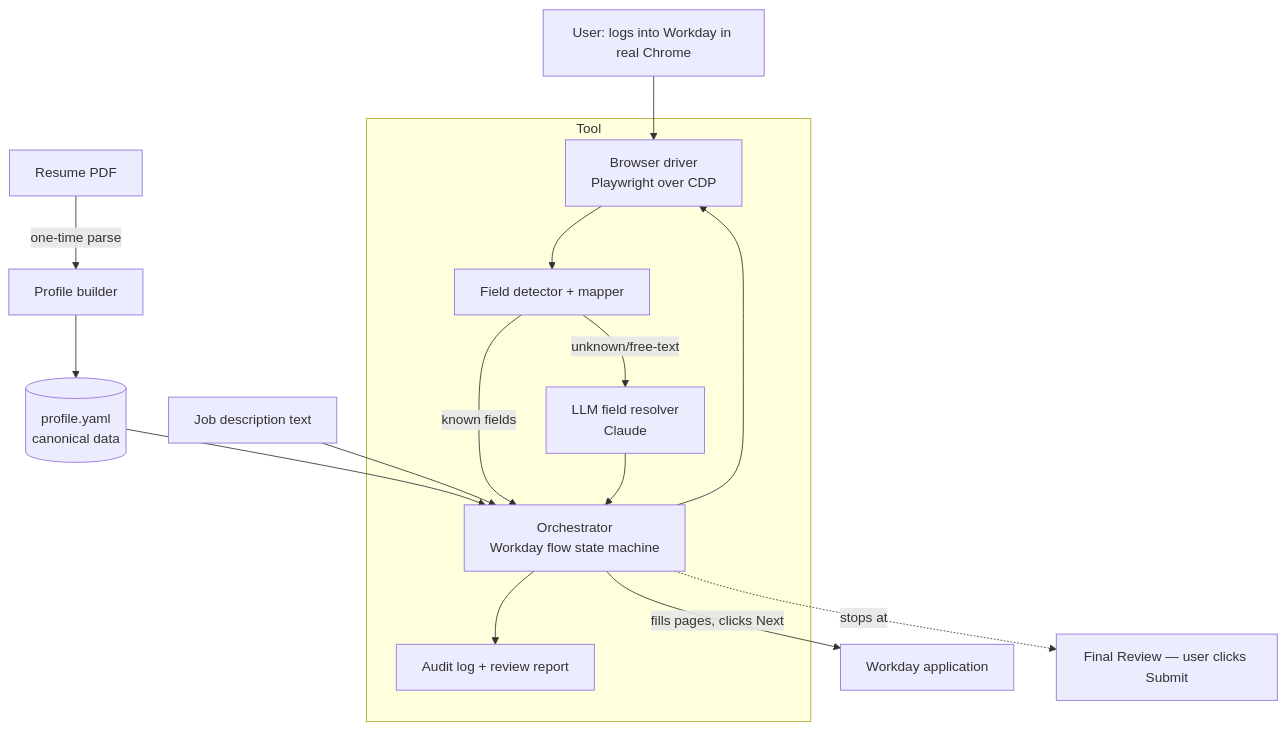
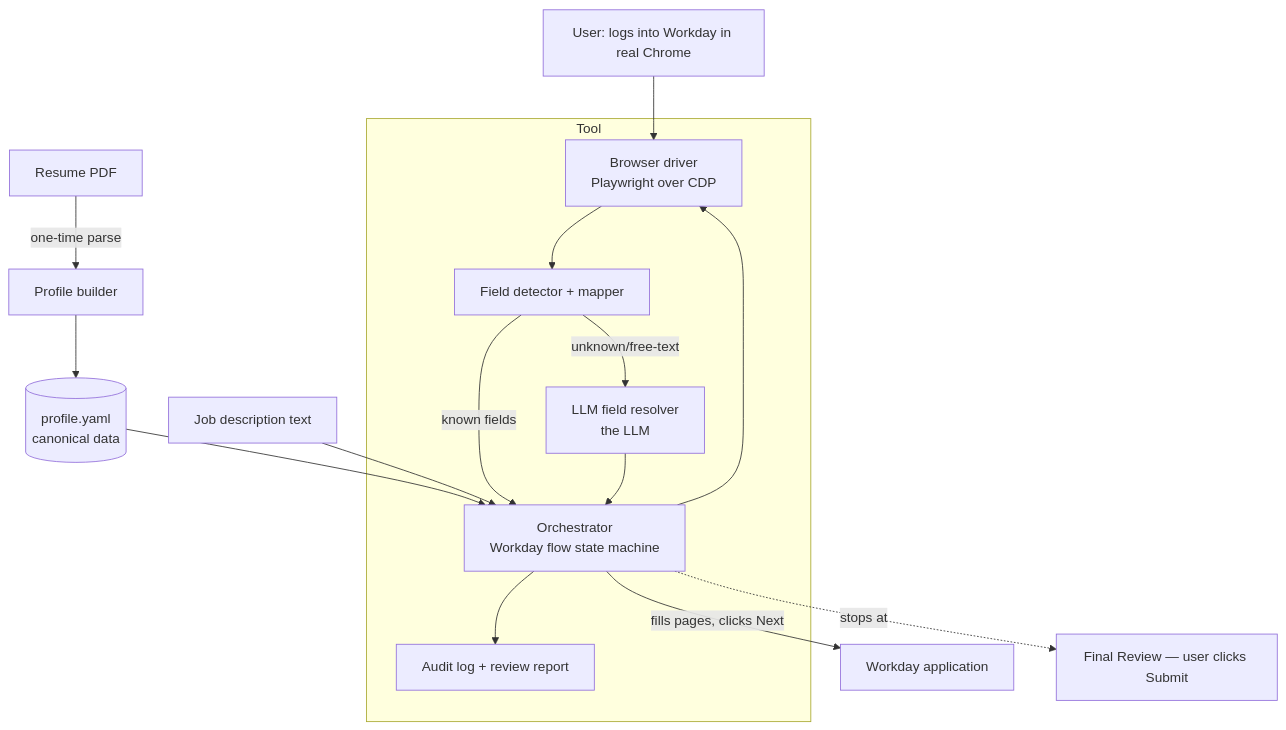
Before and after one commit to Sambhav101/workday-autofill: the first of 2 diagrams in DESIGN.md, drawn with Mermaid. The commit also changed other lines of this file and 1 other file, not shown here.

Commit message:
docs: rewrite README (why/how/privacy) + genericize LLM references; drop CLAUDE.md

````diff
--- a/DESIGN.md
+++ b/DESIGN.md
@@ -43,25 +43,25 @@
 ```mermaid
 flowchart TD
     U[User: logs into Workday in real Chrome] --> CDP
     PDF[Resume PDF] -->|one-time parse| PB[Profile builder]
     PB --> PROF[(profile.yaml<br/>canonical data)]
     PROF --> ORCH
     JD[Job description text] --> ORCH
 
     subgraph Tool
       ORCH[Orchestrator<br/>Workday flow state machine]
       CDP[Browser driver<br/>Playwright over CDP] 
       MAP[Field detector + mapper]
-      LLM[LLM field resolver<br/>Claude]
+      LLM[LLM field resolver<br/>the LLM]
       LOG[Audit log + review report]
       ORCH --> CDP
       CDP --> MAP
       MAP -->|known fields| ORCH
       MAP -->|unknown/free-text| LLM
       LLM --> ORCH
       ORCH --> LOG
     end
 
     ORCH -->|fills pages, clicks Next| WD[Workday application]
     ORCH -.stops at.-> SUBMIT[Final Review — user clicks Submit]
 ```
````
